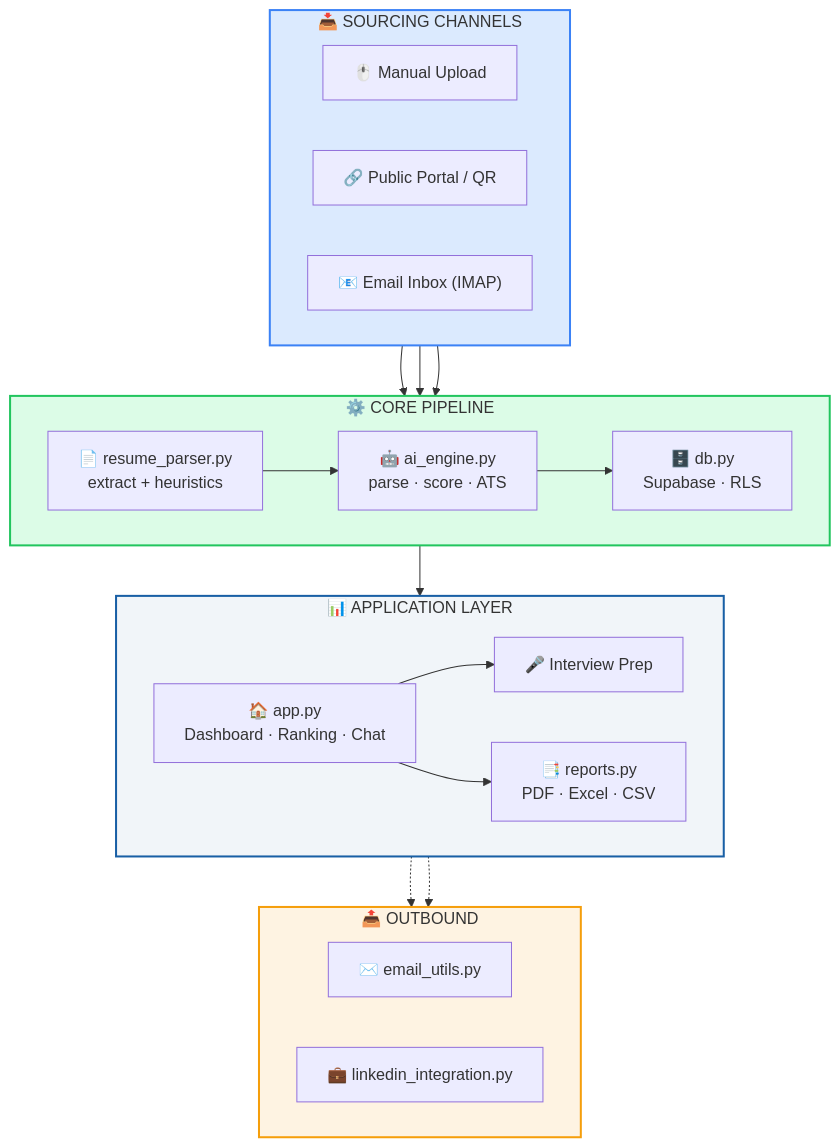
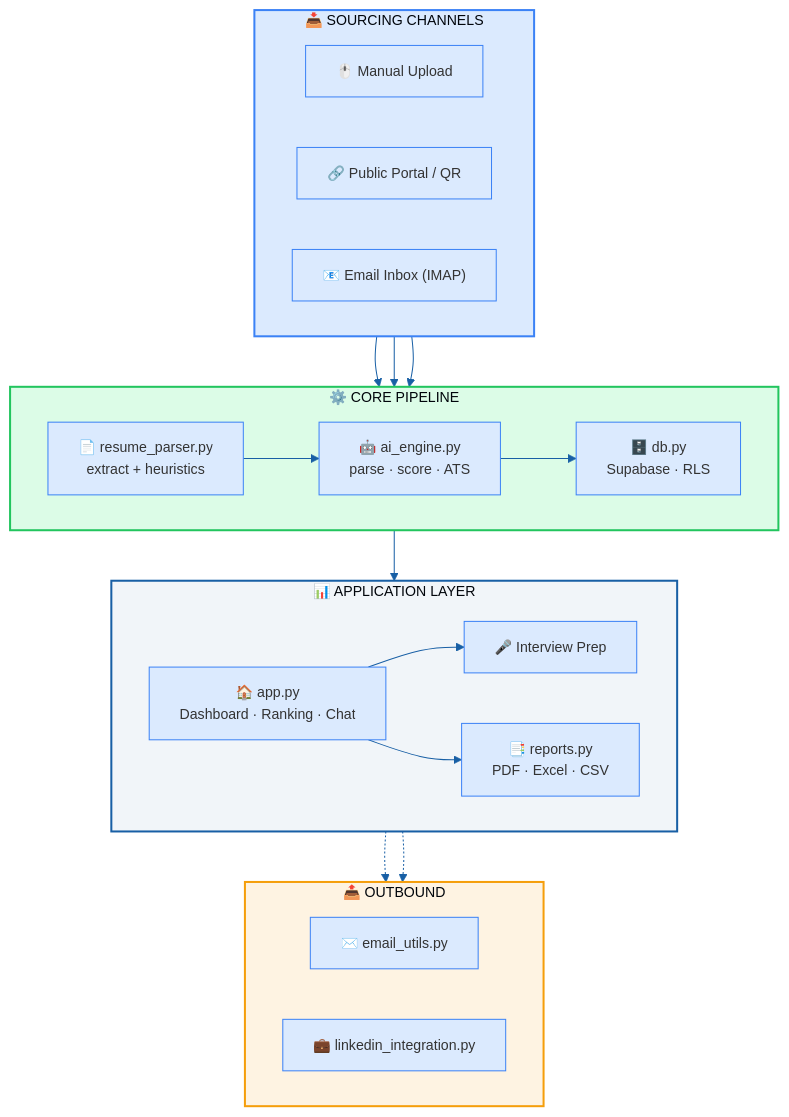
Before and after one commit to irfanshafi21/icd-platform: the first of 2 diagrams in README.md, drawn with Mermaid. The commit also changed other lines of this file, not shown here.

````diff
--- a/README.md
+++ b/README.md
@@ -99,43 +125,44 @@
 ```mermaid
+%%{init: {'theme':'base', 'themeVariables': {'primaryColor':'#DBEAFE','primaryBorderColor':'#3B82F6','lineColor':'#185FA5','fontSize':'14px'}}}%%
 flowchart TB
     subgraph Sourcing["📥  SOURCING CHANNELS"]
         direction LR
         A1["🖱️ Manual Upload"]
         A2["🔗 Public Portal / QR"]
         A3["📧 Email Inbox (IMAP)"]
     end
 
     subgraph Core["⚙️  CORE PIPELINE"]
         direction LR
         B1["📄 resume_parser.py<br/>extract + heuristics"]
         B2["🤖 ai_engine.py<br/>parse · score · ATS"]
         B3["🗄️ db.py<br/>Supabase · RLS"]
     end
 
     subgraph App["📊  APPLICATION LAYER"]
         direction LR
         C1["🏠 app.py<br/>Dashboard · Ranking · Chat"]
         C2["🎤 Interview Prep"]
         C3["📑 reports.py<br/>PDF · Excel · CSV"]
     end
 
     subgraph Out["📤  OUTBOUND"]
         direction LR
         D1["✉️ email_utils.py"]
         D2["💼 linkedin_integration.py"]
     end
 
     A1 --> B1
     A2 --> B1
     A3 --> B1
     B1 --> B2 --> B3 --> C1
     C1 --> C2
     C1 --> C3
     C1 -.-> D1
     C1 -.-> D2
 
     style Sourcing fill:#DBEAFE,stroke:#3B82F6,stroke-width:2px
     style Core fill:#DCFCE7,stroke:#22C55E,stroke-width:2px
     style App fill:#F1F5F9,stroke:#185FA5,stroke-width:2px
     style Out fill:#FEF3E2,stroke:#F59E0B,stroke-width:2px
 ```
````
